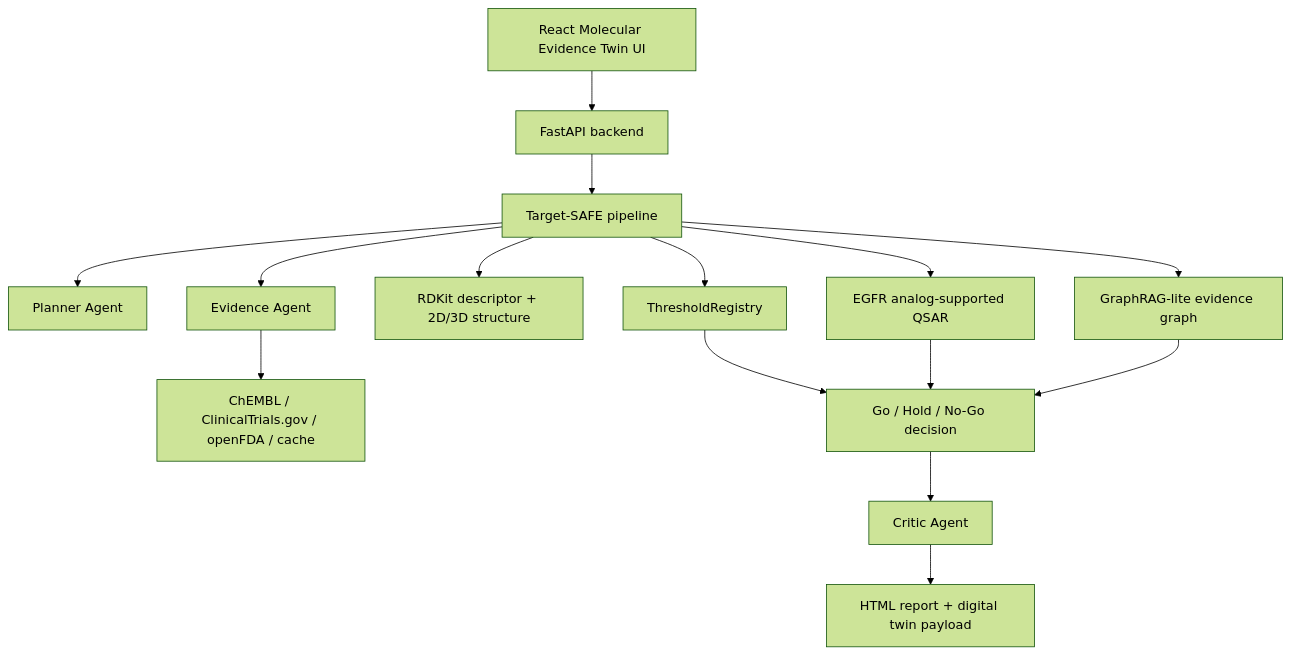
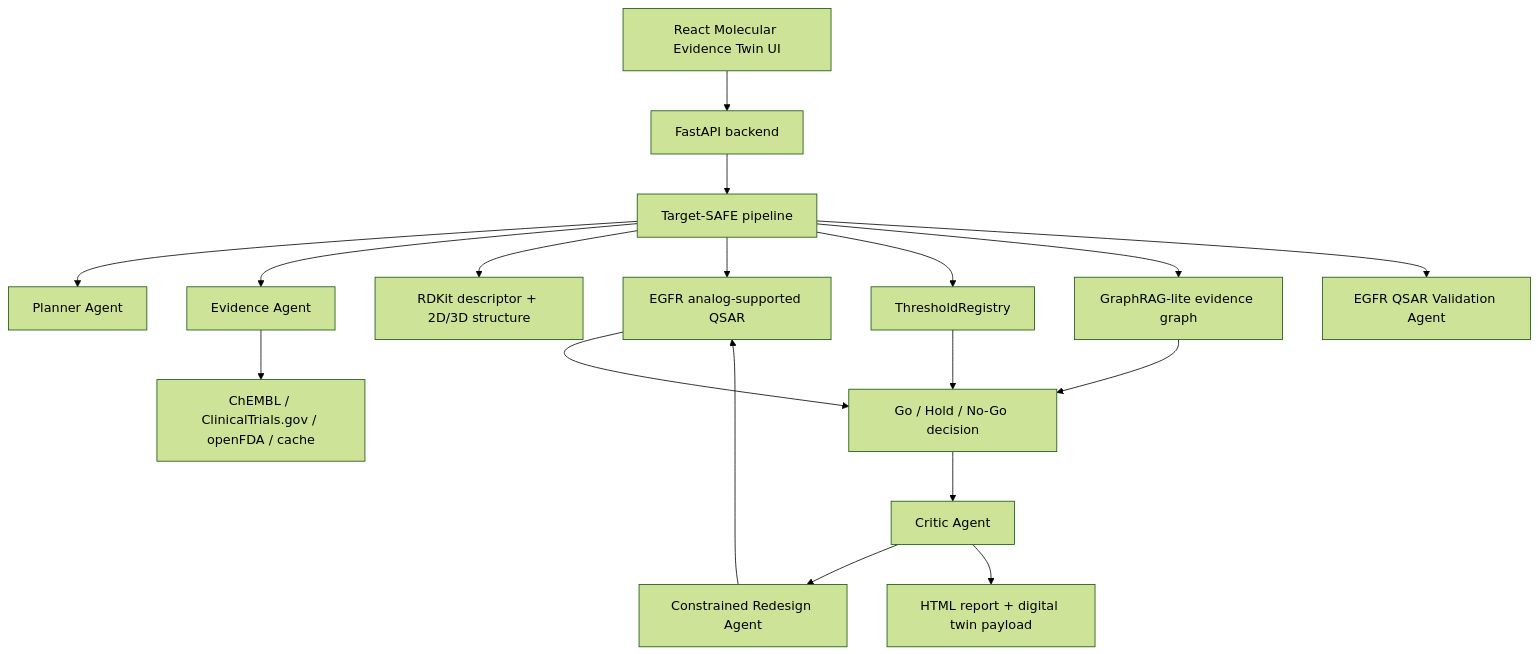
Before and after one commit to zaeee-wang/targetsafe: the diagram in outputs/TARGET_SAFE_IMPLEMENTATION_GUIDE.md, drawn with Mermaid (forest theme). The commit also changed other lines of this file and 16 other files, not shown here.

Commit message:
Add agentic redesign loop and QSAR validation

````diff
--- a/outputs/TARGET_SAFE_IMPLEMENTATION_GUIDE.md
+++ b/outputs/TARGET_SAFE_IMPLEMENTATION_GUIDE.md
@@ -45,17 +48,20 @@
 ```mermaid
 flowchart TD
     UI["React Molecular Evidence Twin UI"] --> API["FastAPI backend"]
     API --> Pipeline["Target-SAFE pipeline"]
     Pipeline --> Planner["Planner Agent"]
     Pipeline --> Evidence["Evidence Agent"]
     Evidence --> Sources["ChEMBL / ClinicalTrials.gov / openFDA / cache"]
     Pipeline --> Chem["RDKit descriptor + 2D/3D structure"]
     Pipeline --> QSAR["EGFR analog-supported QSAR"]
     Pipeline --> Thresholds["ThresholdRegistry"]
     Pipeline --> Graph["GraphRAG-lite evidence graph"]
     Thresholds --> Decision["Go / Hold / No-Go decision"]
     QSAR --> Decision
     Graph --> Decision
     Decision --> Critic["Critic Agent"]
+    Critic --> Redesign["Constrained Redesign Agent"]
+    Redesign --> QSAR
+    Pipeline --> Validation["EGFR QSAR Validation Agent"]
     Critic --> Report["HTML report + digital twin payload"]
 ```
````
